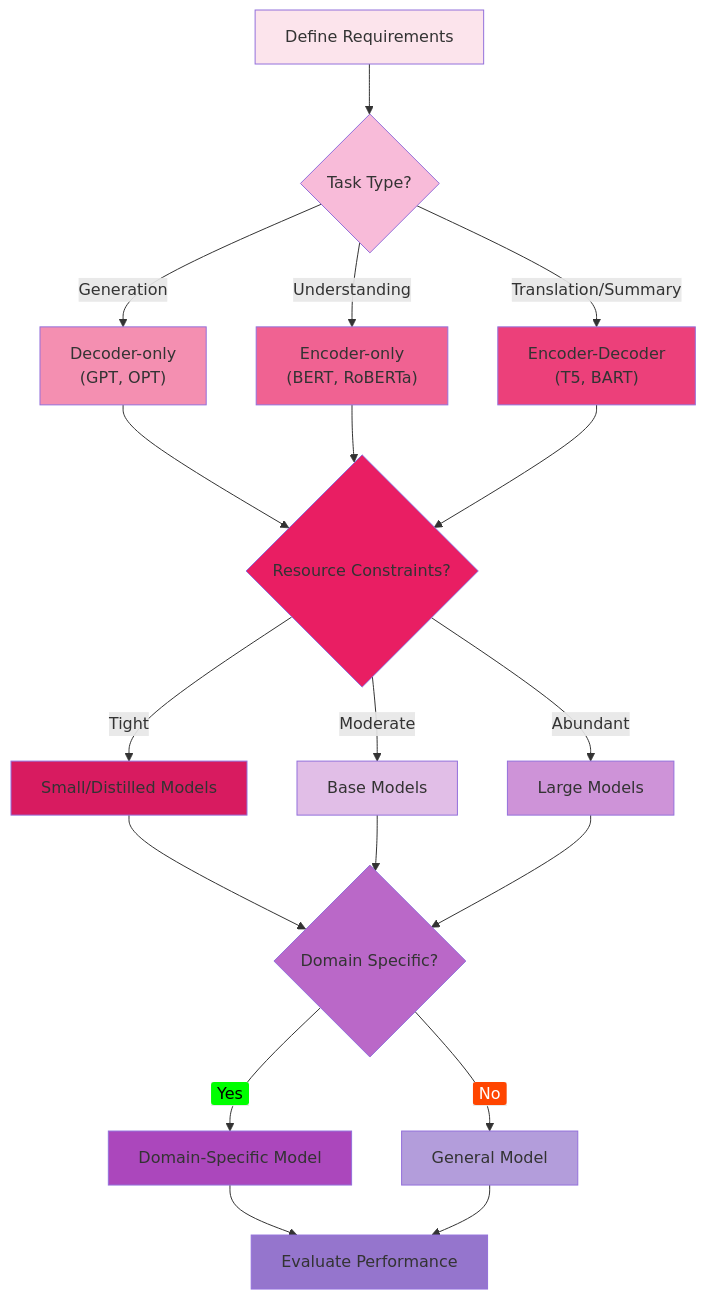
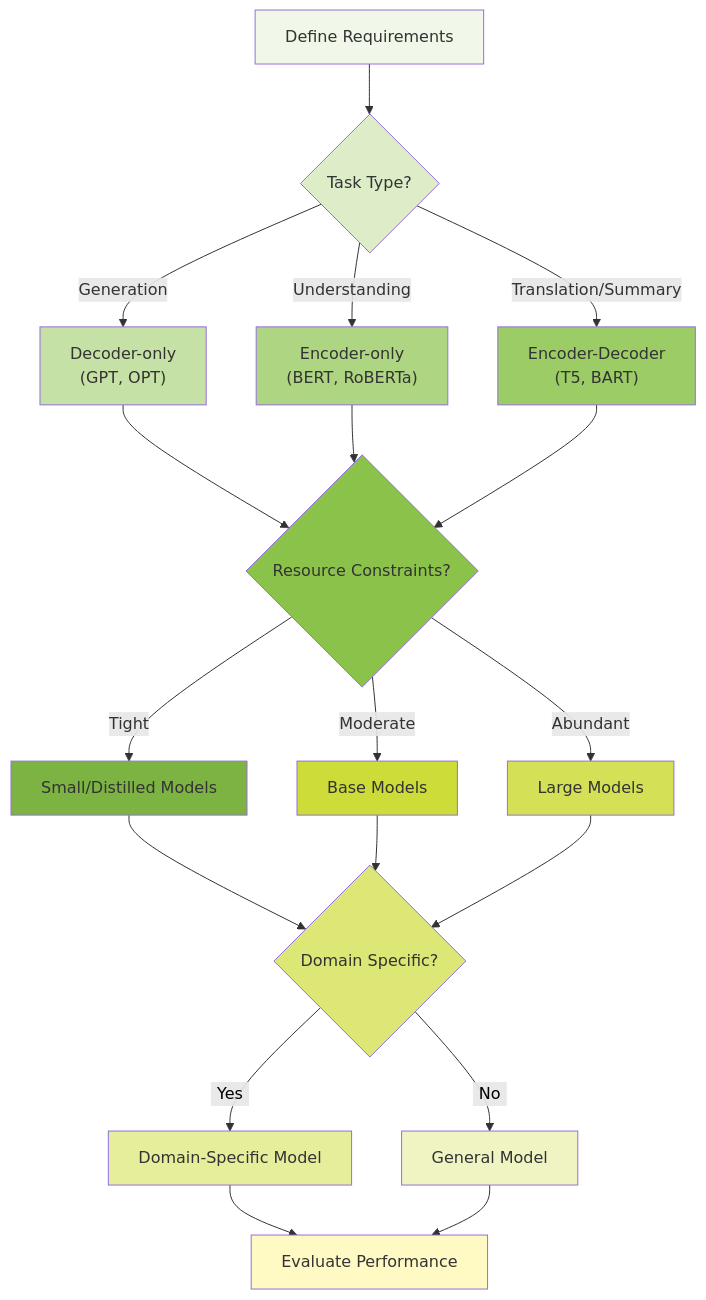
The fifth of 5 diagrams in C_5.md (Chaklader/flower-image-classifier), drawn with Mermaid before and after one commit. The commit also changed other lines of this file, not shown here.

````diff
--- a/C_5.md
+++ b/C_5.md
@@ -1326,39 +1745,39 @@
 ```mermaid
 flowchart TD
     A["Define Requirements"] --> B{"Task Type?"}
     B -->|"Generation"| C["Decoder-only<br>(GPT, OPT)"]
     B -->|"Understanding"| D["Encoder-only<br>(BERT, RoBERTa)"]
     B -->|"Translation/Summary"| E["Encoder-Decoder<br>(T5, BART)"]
 
     C --> F{"Resource Constraints?"}
     D --> F
     E --> F
 
     F -->|"Tight"| G["Small/Distilled Models"]
     F -->|"Moderate"| H["Base Models"]
     F -->|"Abundant"| I["Large Models"]
 
     G --> J{"Domain Specific?"}
     H --> J
     I --> J
 
-    J -->|<span style='background-color:lime; color:black; padding:2px 6px; border-radius:3px'>Yes</span>| K["Domain-Specific Model"]
-    J -->|<span style='background-color:orangered; color:white; padding:2px 6px; border-radius:3px'>No</span>| L["General Model"]
+    J -->|<span style='color:black; padding:2px 6px; border-radius:3px'>Yes</span>| K["Domain-Specific Model"]
+    J -->|<span style='color:black; padding:2px 6px; border-radius:3px'>No</span>| L["General Model"]
 
     K --> M["Evaluate Performance"]
     L --> M
 
-style A fill:#FCE4EC
-style B fill:#F8BBD9
-style C fill:#F48FB1
-style D fill:#F06292
-style E fill:#EC407A
-style F fill:#E91E63
-style G fill:#D81B60
-style H fill:#E1BEE7
-style I fill:#CE93D8
-style J fill:#BA68C8
-style K fill:#AB47BC
-style L fill:#B39DDB
-style M fill:#9575CD
+style A fill:#F1F8E9
+style B fill:#DCEDC8
+style C fill:#C5E1A5
+style D fill:#AED581
+style E fill:#9CCC65
+style F fill:#8BC34A
+style G fill:#7CB342
+style H fill:#CDDC39
+style I fill:#D4E157
+style J fill:#DCE775
+style K fill:#E6EE9C
+style L fill:#F0F4C3
+style M fill:#FFF9C4
 ```
````
